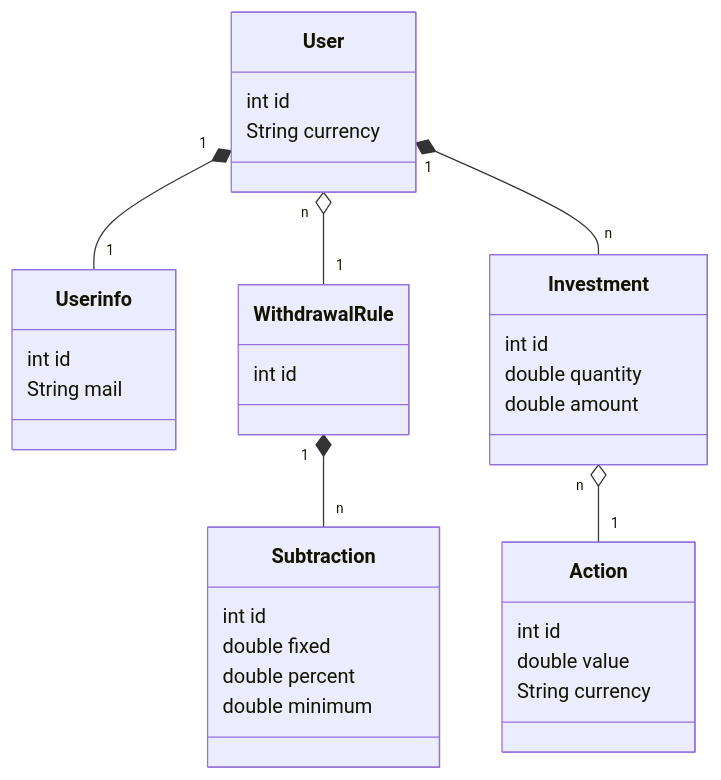
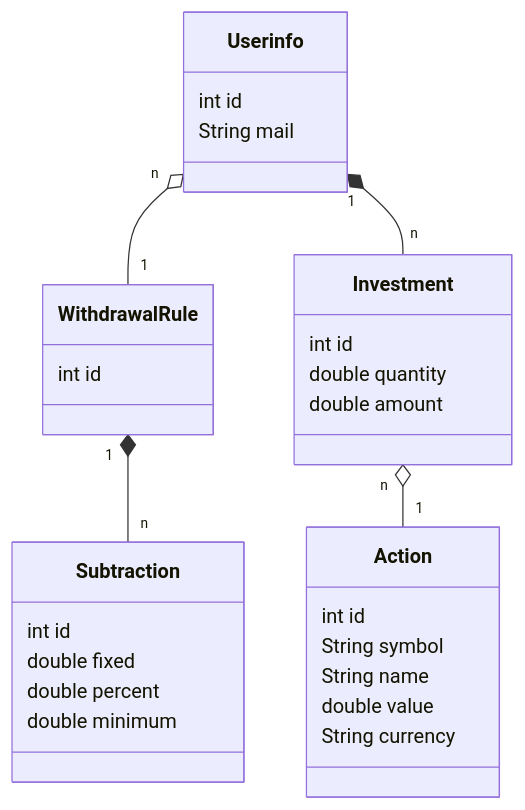
One commit to baudee/invman changed the diagram in README.md. Above: the diagram before and after it, drawn with Mermaid. The commit also changed 99 other files, not shown here.

````diff
--- a/README.md
+++ b/README.md
@@ -5,44 +5,40 @@
 ```mermaid
 classDiagram
 %% Relationships
-User "1" *-- "1" Userinfo
-User "n" o-- "1" WithdrawalRule
+Userinfo "n" o-- "1" WithdrawalRule
 WithdrawalRule "1" *-- "n" Subtraction
-User "1" *-- "n" Investment
+Userinfo "1" *-- "n" Investment
 Investment "n" o-- "1" Action
 
 
 %% Classes
 class Userinfo {
     int id
     String mail
-}
-
-class User {
-    int id
-    String currency
 }
 
 class Investment {
     int id
     double quantity
     double amount
 }
 
 class Action {
     int id
+    String symbol
+    String name
     double value
     String currency
 }
 
 class WithdrawalRule {
     int id
 }
 
 class Subtraction {
     int id
     double fixed
     double percent
     double minimum
 }
 ```
````
